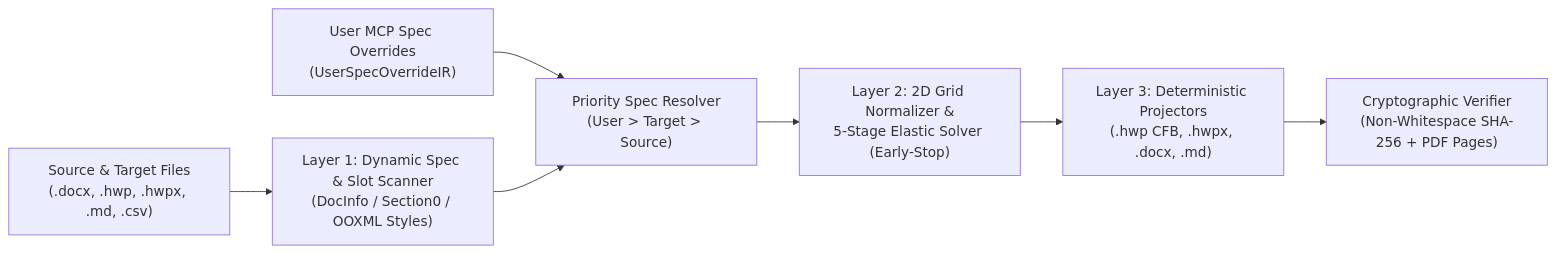
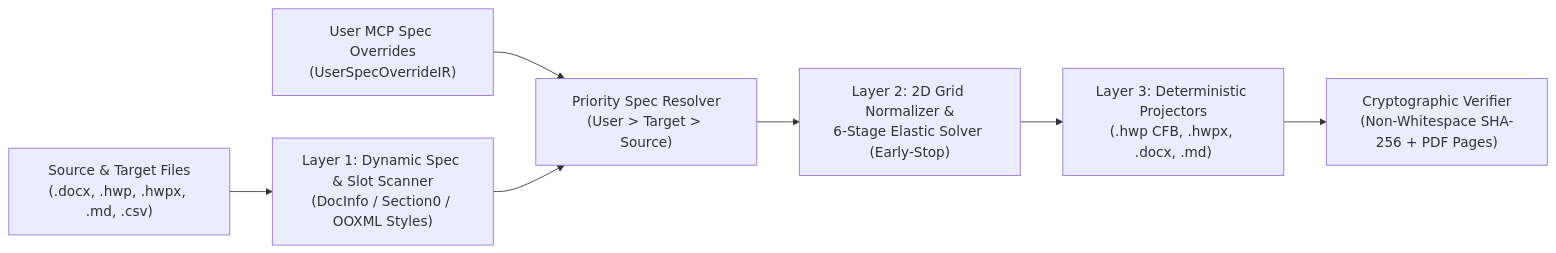
The diagram in README.md (Team-Sequence-Thaumaturge/-document-IR), drawn with Mermaid before and after one commit. The commit also changed other lines of this file and 10 other files, not shown here.

````diff
--- a/README.md
+++ b/README.md
@@ -31,9 +31,9 @@
 ```mermaid
 flowchart LR
     A["Source & Target Files<br/>(.docx, .hwp, .hwpx, .md, .csv)"] --> B["Layer 1: Dynamic Spec & Slot Scanner<br/>(DocInfo / Section0 / OOXML Styles)"]
     U["User MCP Spec Overrides<br/>(UserSpecOverrideIR)"] --> C["Priority Spec Resolver<br/>(User > Target > Source)"]
     B --> C
-    C --> D["Layer 2: 2D Grid Normalizer &<br/>5-Stage Elastic Solver (Early-Stop)"]
+    C --> D["Layer 2: 2D Grid Normalizer &<br/>6-Stage Elastic Solver (Early-Stop)"]
     D --> E["Layer 3: Deterministic Projectors<br/>(.hwp CFB, .hwpx, .docx, .md)"]
     E --> F["Cryptographic Verifier<br/>(Non-Whitespace SHA-256 + PDF Pages)"]
 ```
````
